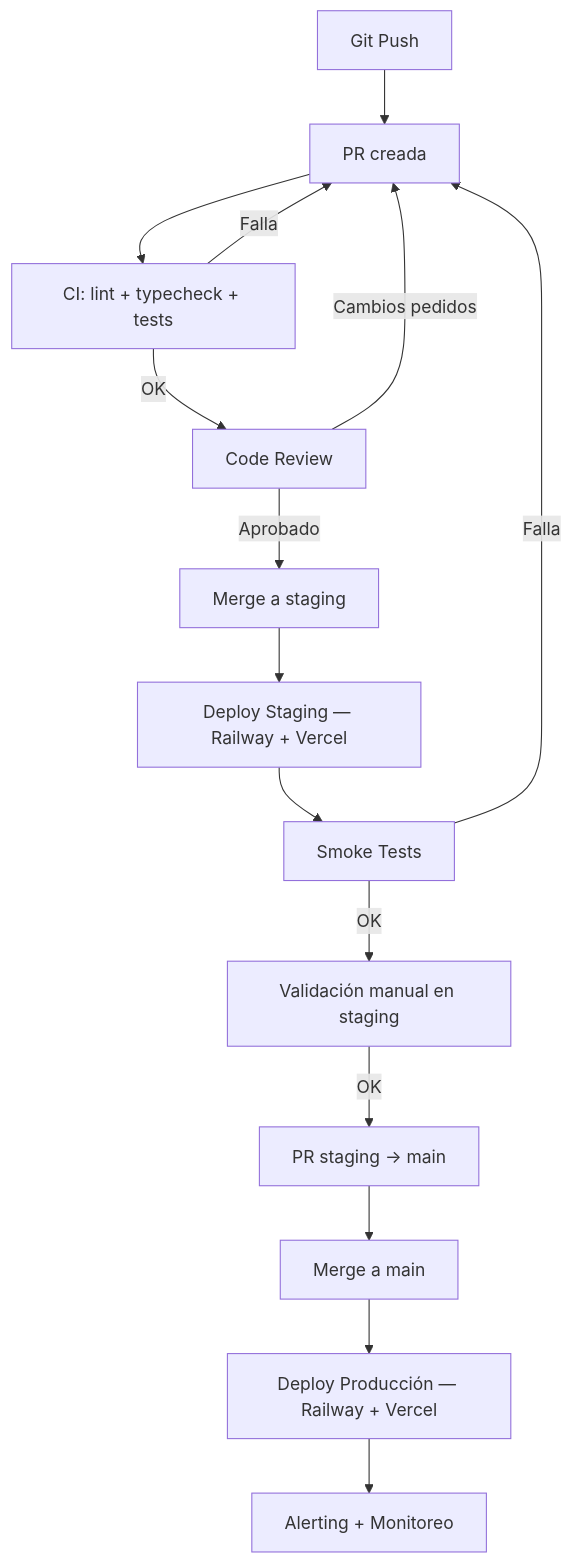
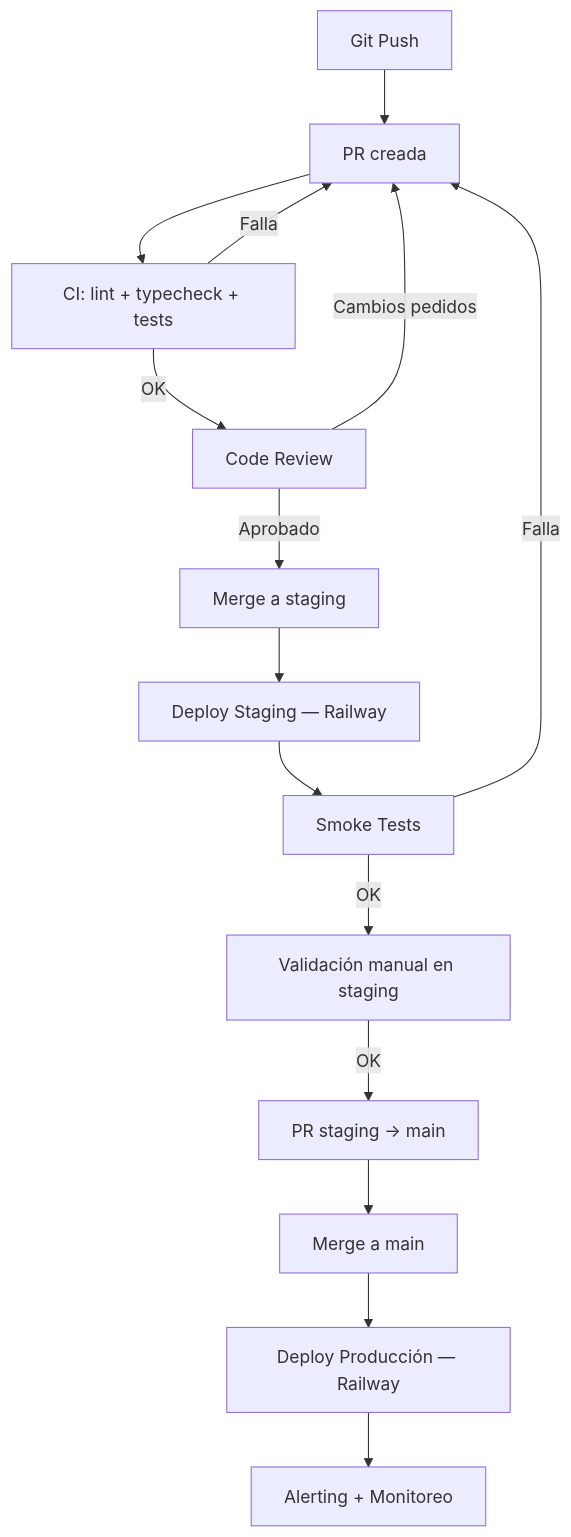
One commit to Eibon7/roastr-ai changed the diagram in docs/14-infraestructura.md. Above: the diagram before and after it, drawn with Mermaid. The commit also changed other lines of this file and 1 other file, not shown here.

First line of the commit message:
docs: update infra docs to reflect apps/web on Railway, not Vercel

````diff
--- a/docs/14-infraestructura.md
+++ b/docs/14-infraestructura.md
@@ -329,22 +329,22 @@
 ```mermaid
 flowchart TD
     A[Git Push] --> B[PR creada]
     B --> C[CI: lint + typecheck + tests]
 
     C -->|Falla| B
     C -->|OK| D[Code Review]
 
     D -->|Cambios pedidos| B
     D -->|Aprobado| E[Merge a staging]
 
-    E --> F[Deploy Staging — Railway + Vercel]
+    E --> F[Deploy Staging — Railway]
     F --> G[Smoke Tests]
 
     G -->|Falla| B
     G -->|OK| H[Validación manual en staging]
 
     H -->|OK| I[PR staging → main]
     I --> J[Merge a main]
-    J --> K[Deploy Producción — Railway + Vercel]
+    J --> K[Deploy Producción — Railway]
     K --> L[Alerting + Monitoreo]
 ```
````
